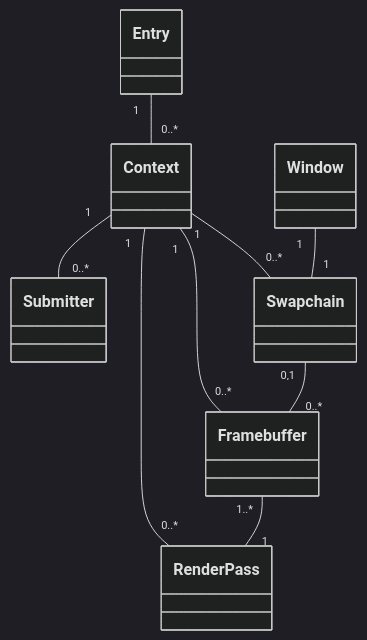
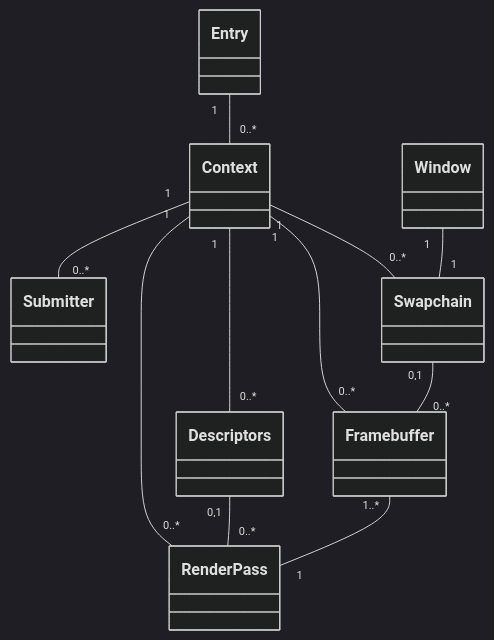
The diagram in README.md (Tengu712/ash-2dgame-template), drawn with Mermaid (dark theme) before and after one commit. The commit also changed other lines of this file, not shown here.

````diff
--- a/README.md
+++ b/README.md
@@ -32,19 +32,22 @@
 ```mermaid
 classDiagram
     class Entry
     class Context
     class Submitter
+    class Descriptors
     class RenderPass
     class Window
     class Swapchain
     class Framebuffer
 
     Entry "1" -- "0..*" Context
     Context "1" -- "0..*" Submitter
+    Context "1" -- "0..*" Descriptors
     Context "1" -- "0..*" RenderPass
     Context "1" -- "0..*" Swapchain
     Context "1" -- "0..*" Framebuffer
     Window "1" -- "1" Swapchain
     Swapchain "0,1" -- "0..*" Framebuffer
+    Descriptors "0,1" -- "0..*" RenderPass
     Framebuffer "1..*" -- "1" RenderPass
 ```
````
